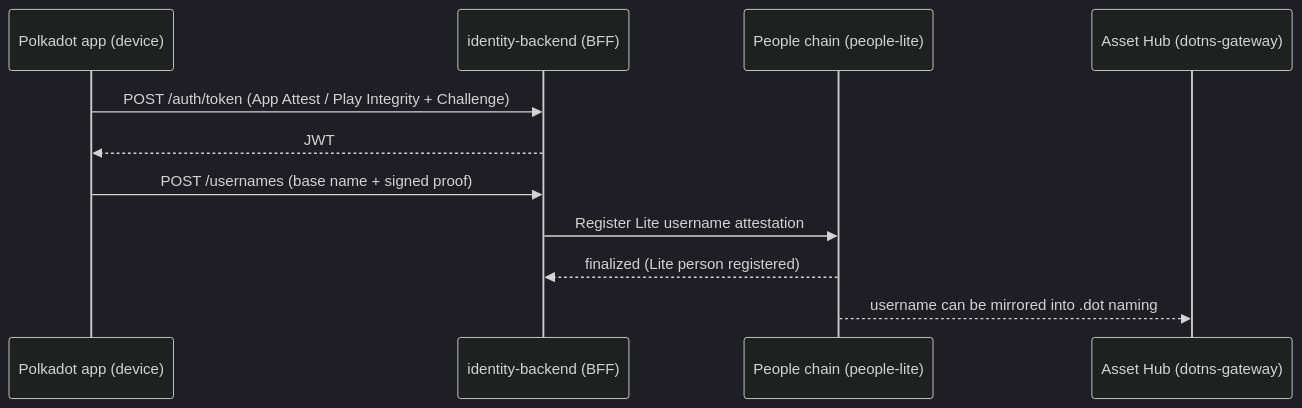
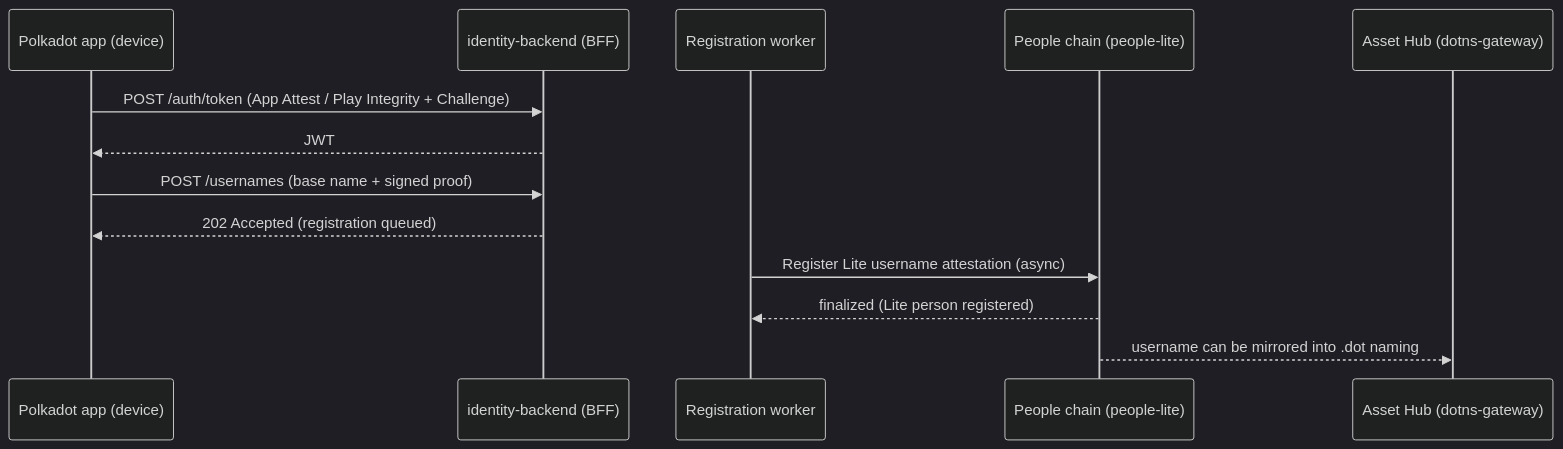
One commit to Polkadot-Community-Foundation/polkadot-app-docs changed the first of 2 diagrams in docs/architecture/identity.md. Above: the diagram before and after it, drawn with Mermaid (dark theme). The commit also changed other lines of this file and 31 other files, not shown here.

````diff
--- a/docs/architecture/identity.md
+++ b/docs/architecture/identity.md
@@ -49,13 +54,15 @@
 ```mermaid
 sequenceDiagram
     participant App as Polkadot app (device)
     participant BFF as identity-backend (BFF)
+    participant Worker as Registration worker
     participant People as People chain (people-lite)
     participant AH as Asset Hub (dotns-gateway)
     App->>BFF: POST /auth/token (App Attest / Play Integrity + Challenge)
     BFF-->>App: JWT
     App->>BFF: POST /usernames (base name + signed proof)
-    BFF->>People: Register Lite username attestation
-    People-->>BFF: finalized (Lite person registered)
+    BFF-->>App: 202 Accepted (registration queued)
+    Worker->>People: Register Lite username attestation (async)
+    People-->>Worker: finalized (Lite person registered)
     People-->>AH: username can be mirrored into .dot naming
 ```
````
